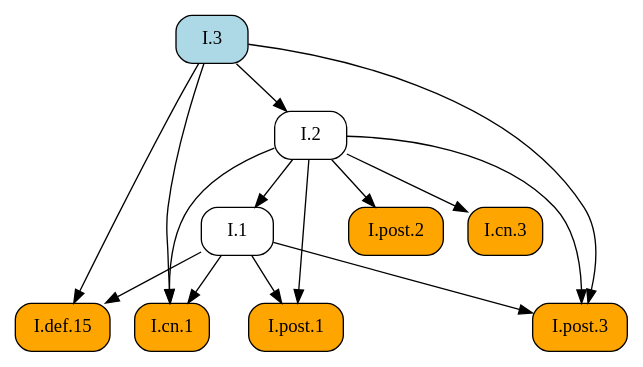
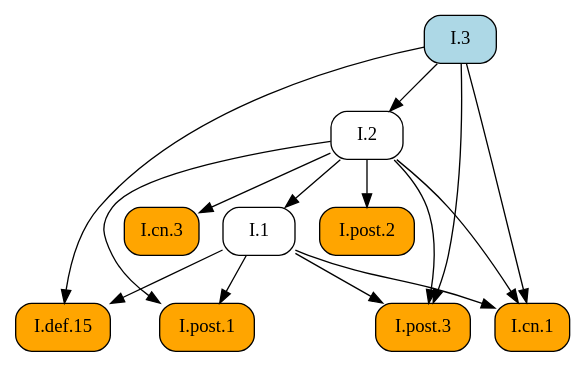
Before and after one commit to geometor/elements: the diagram in docsrc/heath/I/3/index.rst, drawn with Graphviz. The commit also changed other lines of this file and 1029 other files, not shown here.

```diff
--- a/docsrc/heath/I/3/index.rst
+++ b/docsrc/heath/I/3/index.rst
@@ -37,29 +37,29 @@
 .. graphviz::
 
    digraph {
      rankdir="TB";
      node [shape=box, style=rounded];
      "I.def.15" [style="rounded,filled", fillcolor=orange, URL="/heath/I/def.15/", target="_top"];
      "I.1" [URL="/heath/I/1/", target="_top"];
      "I.post.3" [style="rounded,filled", fillcolor=orange, URL="/heath/I/post.3/", target="_top"];
+     "I.cn.1" [style="rounded,filled", fillcolor=orange, URL="/heath/I/cn.1/", target="_top"];
      "I.cn.3" [style="rounded,filled", fillcolor=orange, URL="/heath/I/cn.3/", target="_top"];
+     "I.3" [style="rounded,filled", fillcolor=lightblue, URL="/heath/I/3/", target="_top"];
+     "I.2" [URL="/heath/I/2/", target="_top"];
      "I.post.1" [style="rounded,filled", fillcolor=orange, URL="/heath/I/post.1/", target="_top"];
-     "I.3" [style="rounded,filled", fillcolor=lightblue, URL="/heath/I/3/", target="_top"];
-     "I.cn.1" [style="rounded,filled", fillcolor=orange, URL="/heath/I/cn.1/", target="_top"];
      "I.post.2" [style="rounded,filled", fillcolor=orange, URL="/heath/I/post.2/", target="_top"];
-     "I.2" [URL="/heath/I/2/", target="_top"];
      "I.1" -> "I.def.15";
      "I.3" -> "I.def.15";
      "I.2" -> "I.1";
      "I.1" -> "I.post.3";
      "I.2" -> "I.post.3";
      "I.3" -> "I.post.3";
-     "I.2" -> "I.cn.3";
-     "I.1" -> "I.post.1";
-     "I.2" -> "I.post.1";
      "I.1" -> "I.cn.1";
      "I.2" -> "I.cn.1";
      "I.3" -> "I.cn.1";
+     "I.2" -> "I.cn.3";
+     "I.3" -> "I.2";
+     "I.1" -> "I.post.1";
+     "I.2" -> "I.post.1";
      "I.2" -> "I.post.2";
-     "I.3" -> "I.2";
    }
```
